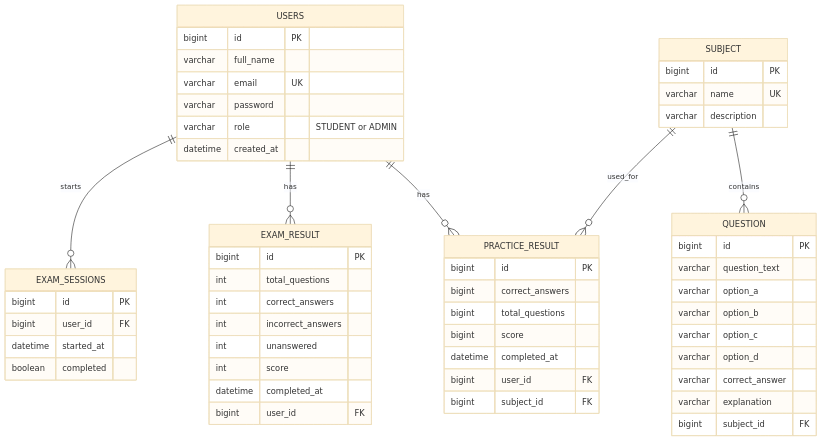
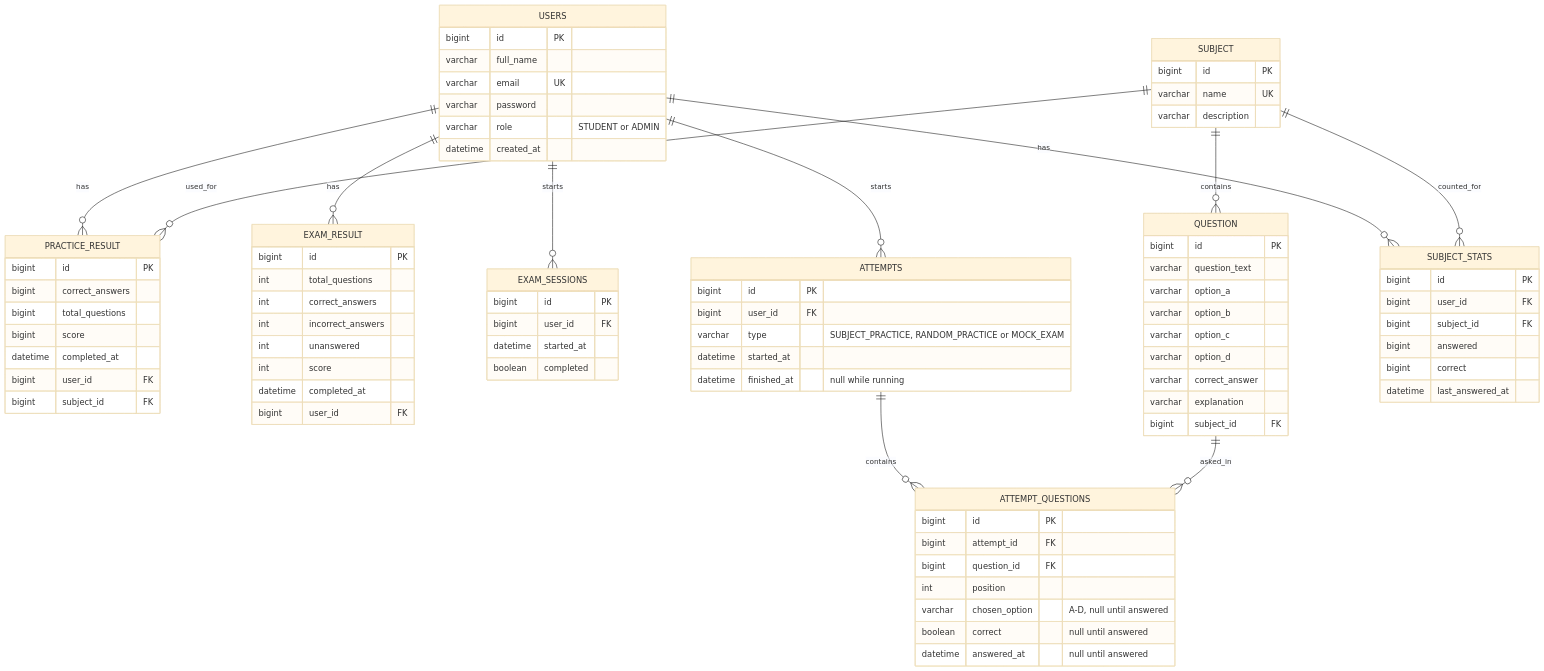
The diagram in docs/Database/ER-Diagram.md (Hunter-Theory-Examination-Jagarexamen/hunter-exam-trainer), drawn with Mermaid (base theme) before and after one commit. The commit also changed 2 other files, not shown here.

Commit message:
docs(practice): document practice attempt endpoints and new tables (#168)
README endpoint table, API specification section, and ER diagram.

Claude-Session: https://claude.ai/code/session_0198PMfH1uchfnQjQaFs2SzQ

```diff
--- a/docs/Database/ER-Diagram.md
+++ b/docs/Database/ER-Diagram.md
@@ -8,6 +8,11 @@
     USERS ||--o{ EXAM_SESSIONS : starts 
     SUBJECT ||--o{ QUESTION : contains 
     SUBJECT ||--o{ PRACTICE_RESULT : used_for
+    USERS ||--o{ ATTEMPTS : starts
+    ATTEMPTS ||--o{ ATTEMPT_QUESTIONS : contains
+    QUESTION ||--o{ ATTEMPT_QUESTIONS : asked_in
+    USERS ||--o{ SUBJECT_STATS : has
+    SUBJECT ||--o{ SUBJECT_STATS : counted_for
 
     USERS {
         bigint id PK 
@@ -53,6 +58,33 @@
         bigint subject_id FK
     }
 
+    ATTEMPTS {
+        bigint id PK
+        bigint user_id FK
+        varchar type "SUBJECT_PRACTICE, RANDOM_PRACTICE or MOCK_EXAM"
+        datetime started_at
+        datetime finished_at "null while running"
+    }
+
+    ATTEMPT_QUESTIONS {
+        bigint id PK
+        bigint attempt_id FK
+        bigint question_id FK
+        int position
+        varchar chosen_option "A-D, null until answered"
+        boolean correct "null until answered"
+        datetime answered_at "null until answered"
+    }
+
+    SUBJECT_STATS {
+        bigint id PK
+        bigint user_id FK
+        bigint subject_id FK
+        bigint answered
+        bigint correct
+        datetime last_answered_at
+    }
+
     EXAM_RESULT {
         bigint id PK 
         int total_questions 
```
